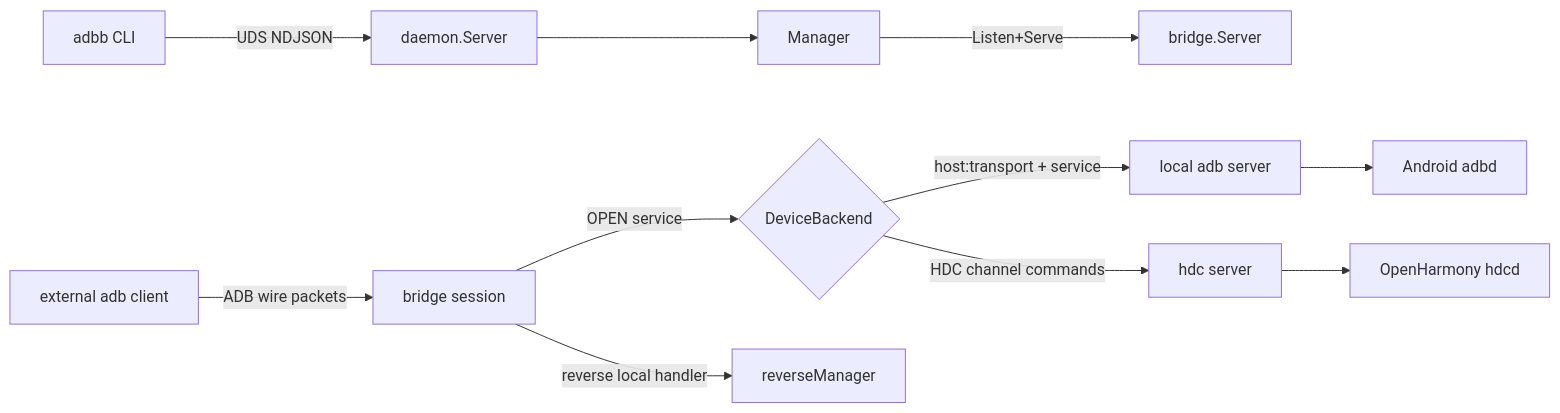
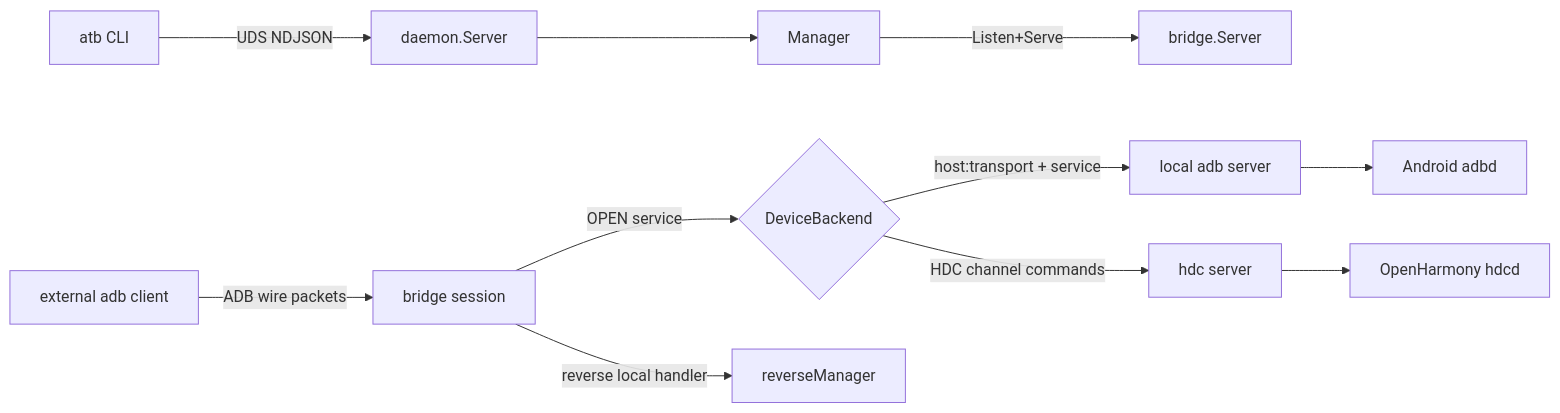
The diagram in docs/architecture.md (veritas501/adb-tcp-bridge), drawn with Mermaid before and after one commit. The commit also changed other lines of this file and 12 other files, not shown here.

Commit message:
Rename CLI binary and runtime paths from adbb to atb

````diff
--- a/docs/architecture.md
+++ b/docs/architecture.md
@@ -50,13 +50,13 @@
 ```mermaid
 flowchart LR
-    CLI[adbb CLI] -->|UDS NDJSON| DS[daemon.Server]
+    CLI[atb CLI] -->|UDS NDJSON| DS[daemon.Server]
     DS --> M[Manager]
     M -->|Listen+Serve| BS[bridge.Server]
     C[external adb client] -->|ADB wire packets| S[bridge session]
     S -->|OPEN service| B{DeviceBackend}
     B -->|host:transport + service| A[local adb server]
     B -->|HDC channel commands| H[hdc server]
     A --> D[Android adbd]
     H --> O[OpenHarmony hdcd]
     S -->|reverse local handler| R[reverseManager]
 ```
````
